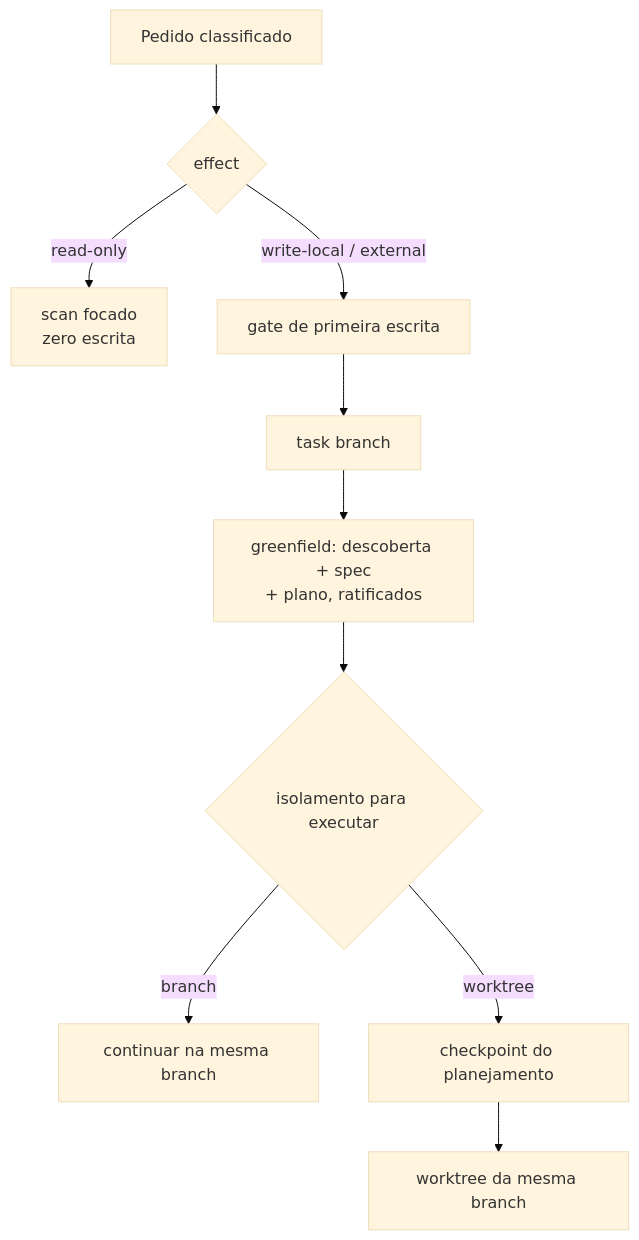
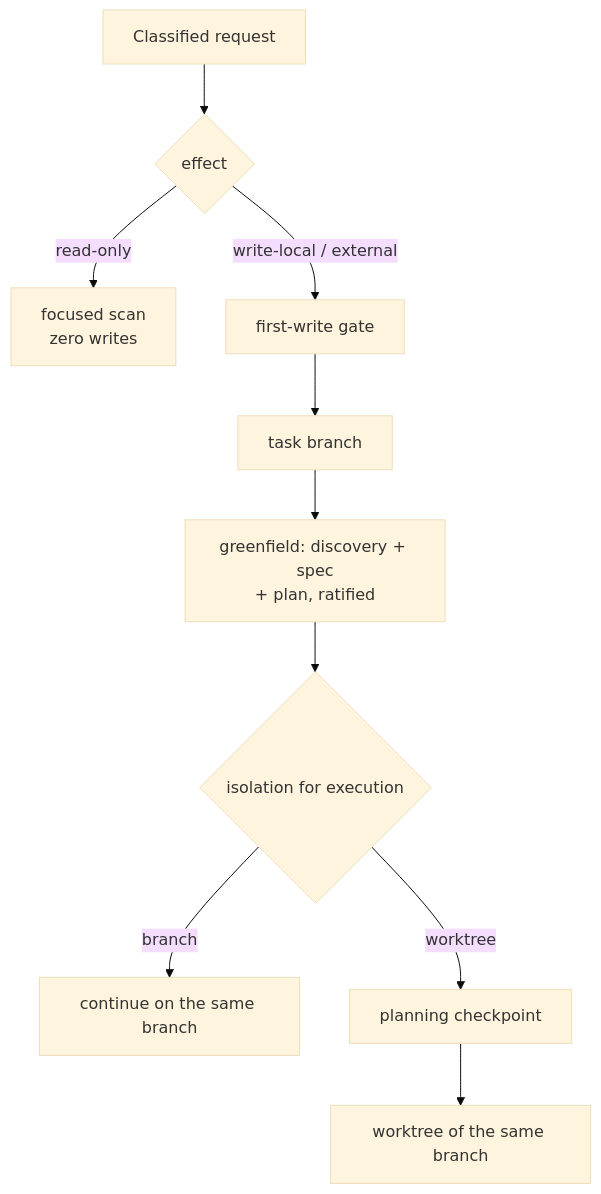
One commit to rpelizza/PelizzAI changed the fifth of 8 diagrams in README.md. Above: the diagram before and after it, drawn with Mermaid (base theme). The commit also changed other lines of this file and 362 other files, not shown here.

````diff
--- a/README.md
+++ b/README.md
@@ -226,12 +229,12 @@
 ```mermaid
 flowchart TD
-    D["Pedido classificado"] --> Q{"effect"}
-    Q -- "read-only" --> S["scan focado<br/>zero escrita"]
-    Q -- "write-local / external" --> G["gate de primeira escrita"]
+    D["Classified request"] --> Q{"effect"}
+    Q -- "read-only" --> S["focused scan<br/>zero writes"]
+    Q -- "write-local / external" --> G["first-write gate"]
     G --> B["task branch"]
-    B --> P["greenfield: descoberta + spec<br/>+ plano, ratificados"]
-    P --> I{"isolamento para executar"}
-    I -- "branch" --> SAME["continuar na mesma branch"]
-    I -- "worktree" --> CP["checkpoint do planejamento"]
-    CP --> WT["worktree da mesma branch"]
+    B --> P["greenfield: discovery + spec<br/>+ plan, ratified"]
+    P --> I{"isolation for execution"}
+    I -- "branch" --> SAME["continue on the same branch"]
+    I -- "worktree" --> CP["planning checkpoint"]
+    CP --> WT["worktree of the same branch"]
 ```
````
